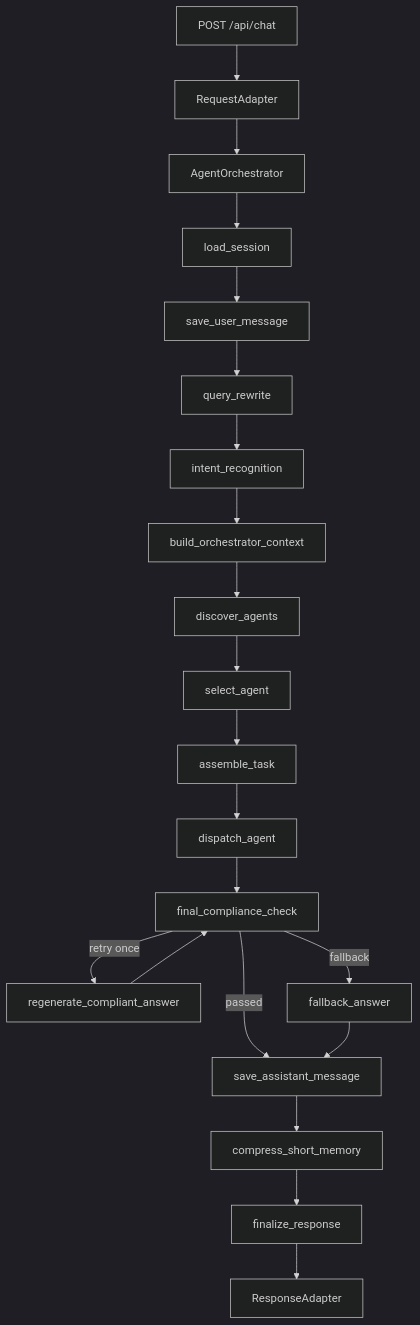
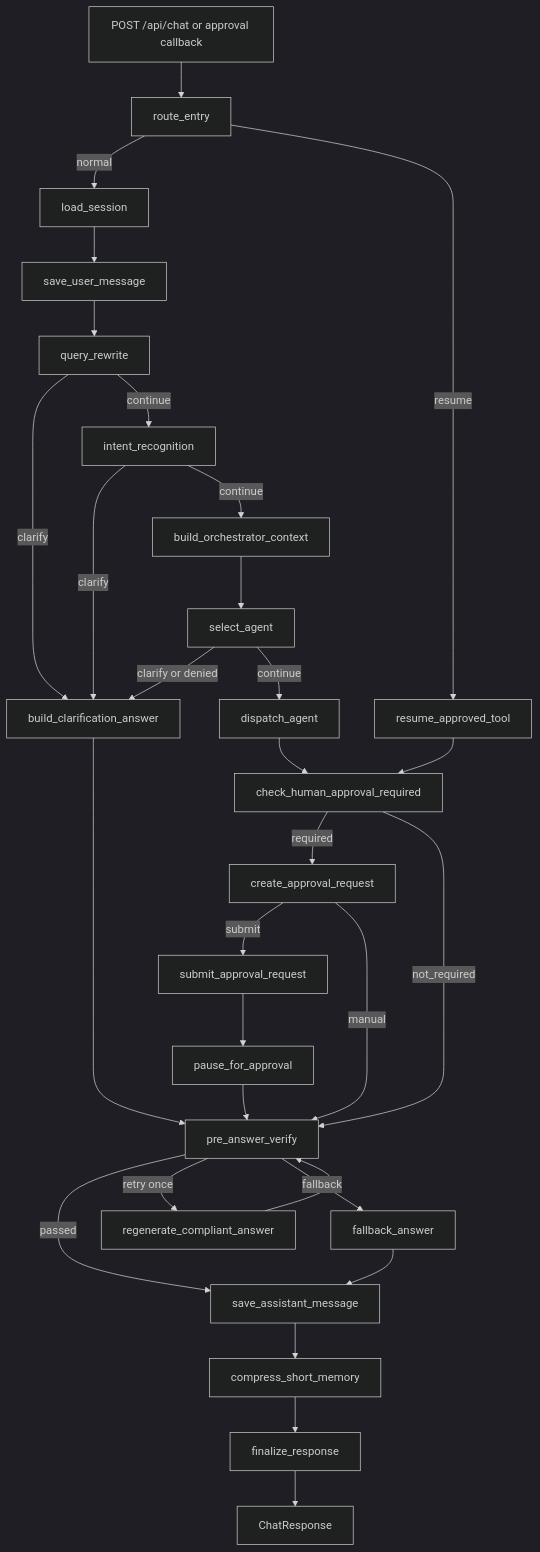
One commit to Ygj11/multi-agent changed the second of 4 diagrams in agent-development/README.md. Above: the diagram before and after it, drawn with Mermaid (dark theme). The commit also changed other lines of this file and 130 other files, not shown here.

````diff
--- a/agent-development/README.md
+++ b/agent-development/README.md
@@ -66,23 +141,36 @@
 ```mermaid
 flowchart TD
-    A["POST /api/chat"] --> B["RequestAdapter"]
-    B --> C["AgentOrchestrator"]
-    C --> D["load_session"]
-    D --> E["save_user_message"]
-    E --> F["query_rewrite"]
-    F --> G["intent_recognition"]
-    G --> H["build_orchestrator_context"]
-    H --> I["discover_agents"]
-    I --> J["select_agent"]
-    J --> K["assemble_task"]
-    K --> L["dispatch_agent"]
-    L --> M["final_compliance_check"]
-    M -->|passed| N["save_assistant_message"]
-    M -->|retry once| O["regenerate_compliant_answer"]
-    O --> M
-    M -->|fallback| P["fallback_answer"]
-    P --> N
-    N --> Q["compress_short_memory"]
-    Q --> R["finalize_response"]
-    R --> S["ResponseAdapter"]
+    START["POST /api/chat or approval callback"] --> ENTRY["route_entry"]
+    ENTRY -->|normal| LOAD["load_session"]
+    ENTRY -->|resume| RESUME["resume_approved_tool"]
+
+    LOAD --> SAVE_USER["save_user_message"]
+    SAVE_USER --> QR["query_rewrite"]
+    QR -->|clarify| CLARIFY["build_clarification_answer"]
+    QR -->|continue| INTENT["intent_recognition"]
+
+    INTENT -->|clarify| CLARIFY
+    INTENT -->|continue| CTX["build_orchestrator_context"]
+    CTX --> SELECT["select_agent"]
+    SELECT -->|clarify or denied| CLARIFY
+    SELECT -->|continue| DISPATCH["dispatch_agent"]
+
+    DISPATCH --> APPROVAL_CHECK["check_human_approval_required"]
+    RESUME --> APPROVAL_CHECK
+    APPROVAL_CHECK -->|required| CREATE_APPROVAL["create_approval_request"]
+    APPROVAL_CHECK -->|not_required| VERIFY["pre_answer_verify"]
+    CREATE_APPROVAL -->|submit| SUBMIT_APPROVAL["submit_approval_request"]
+    CREATE_APPROVAL -->|manual| VERIFY
+    SUBMIT_APPROVAL --> PAUSE["pause_for_approval"]
+    PAUSE --> VERIFY
+    CLARIFY --> VERIFY
+
+    VERIFY -->|passed| SAVE_ASSISTANT["save_assistant_message"]
+    VERIFY -->|retry once| REPAIR["regenerate_compliant_answer"]
+    REPAIR --> VERIFY
+    VERIFY -->|fallback| FALLBACK["fallback_answer"]
+    FALLBACK --> SAVE_ASSISTANT
+    SAVE_ASSISTANT --> MEMORY["compress_short_memory"]
+    MEMORY --> FINAL["finalize_response"]
+    FINAL --> END["ChatResponse"]
 ```
````
